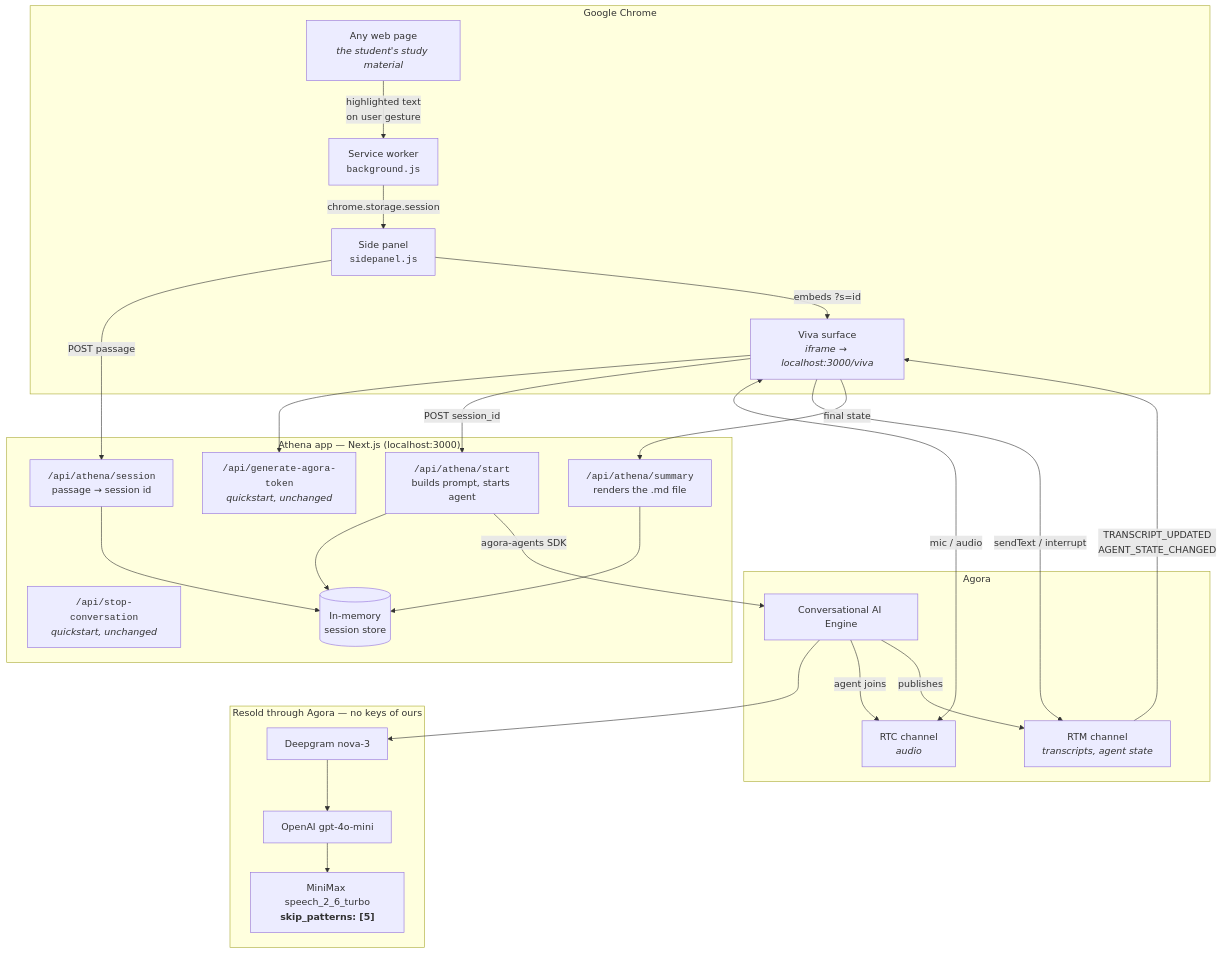
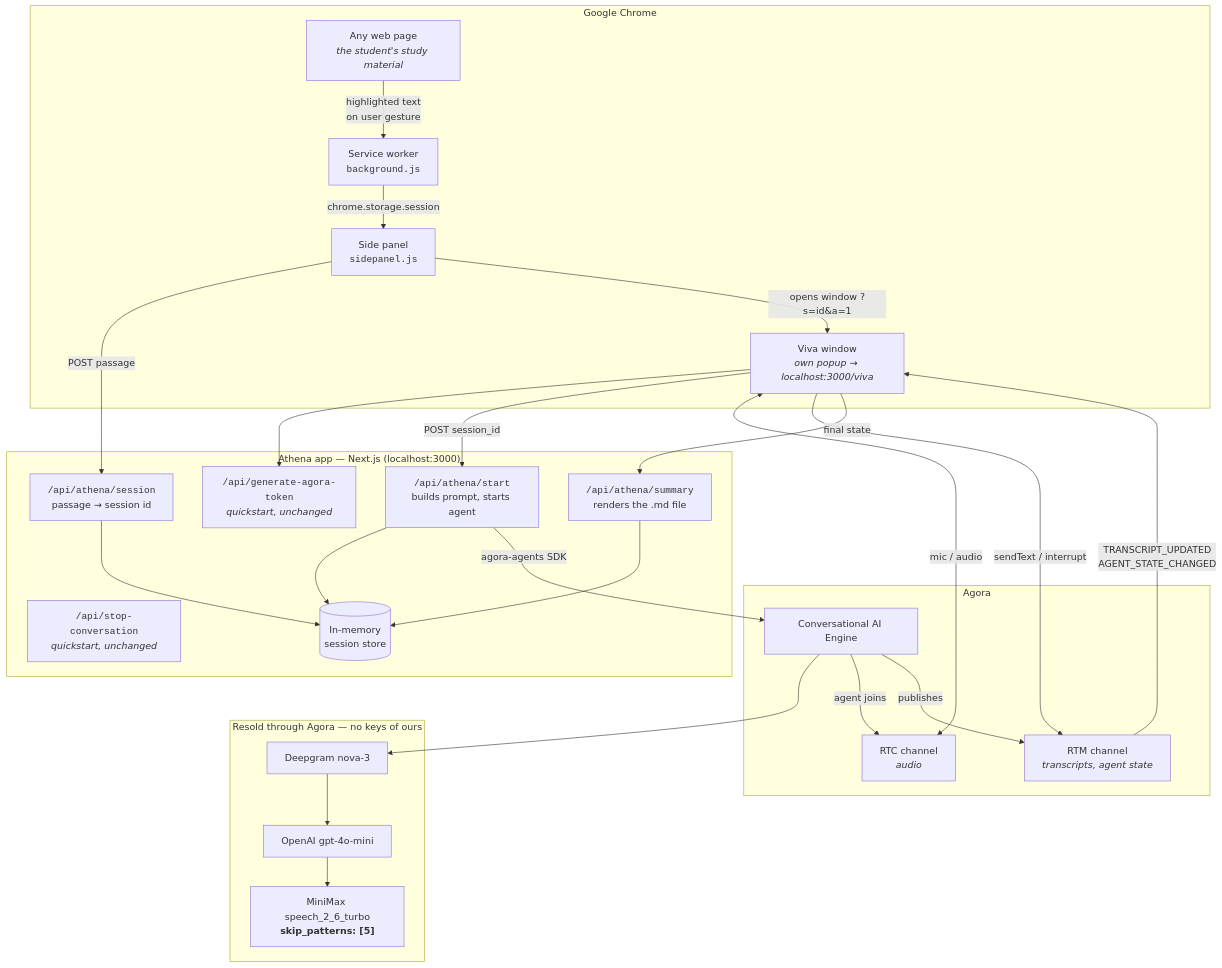
Before and after one commit to agsyna/Athena: the first of 3 diagrams in docs/architecture.md, drawn with Mermaid. The commit also changed other lines of this file and 8 other files, not shown here.

````diff
--- a/docs/architecture.md
+++ b/docs/architecture.md
@@ -5,51 +5,51 @@
 ```mermaid
 flowchart TB
     subgraph browser["Google Chrome"]
         page["Any web page<br/><i>the student's study material</i>"]
         sw["Service worker<br/><code>background.js</code>"]
         panel["Side panel<br/><code>sidepanel.js</code>"]
-        iframe["Viva surface<br/><i>iframe → localhost:3000/viva</i>"]
+        vivawin["Viva window<br/><i>own popup → localhost:3000/viva</i>"]
     end
 
     subgraph app["Athena app — Next.js (localhost:3000)"]
         session["<code>/api/athena/session</code><br/>passage → session id"]
         start["<code>/api/athena/start</code><br/>builds prompt, starts agent"]
         token["<code>/api/generate-agora-token</code><br/><i>quickstart, unchanged</i>"]
         stop["<code>/api/stop-conversation</code><br/><i>quickstart, unchanged</i>"]
         summary["<code>/api/athena/summary</code><br/>renders the .md file"]
         store[("In-memory<br/>session store")]
     end
 
     subgraph agora["Agora"]
         engine["Conversational AI Engine"]
         rtc["RTC channel<br/><i>audio</i>"]
         rtm["RTM channel<br/><i>transcripts, agent state</i>"]
     end
 
     subgraph vendors["Resold through Agora — no keys of ours"]
         stt["Deepgram nova-3"]
         llm["OpenAI gpt-4o-mini"]
         tts["MiniMax speech_2_6_turbo<br/><b>skip_patterns: [5]</b>"]
     end
 
     page -->|"highlighted text<br/>on user gesture"| sw
     sw -->|"chrome.storage.session"| panel
     panel -->|"POST passage"| session
     session --> store
-    panel -->|"embeds ?s=id"| iframe
+    panel -->|"opens window ?s=id&a=1"| vivawin
 
-    iframe --> token
-    iframe -->|"POST session_id"| start
+    vivawin --> token
+    vivawin -->|"POST session_id"| start
     start --> store
     start -->|"agora-agents SDK"| engine
     engine --> stt --> llm --> tts
     engine -->|"agent joins"| rtc
     engine -->|"publishes"| rtm
 
-    iframe <-->|"mic / audio"| rtc
-    rtm -->|"TRANSCRIPT_UPDATED<br/>AGENT_STATE_CHANGED"| iframe
-    iframe -->|"sendText / interrupt"| rtm
+    vivawin <-->|"mic / audio"| rtc
+    rtm -->|"TRANSCRIPT_UPDATED<br/>AGENT_STATE_CHANGED"| vivawin
+    vivawin -->|"sendText / interrupt"| rtm
 
-    iframe -->|"final state"| summary
+    vivawin -->|"final state"| summary
     summary --> store
 ```
````
